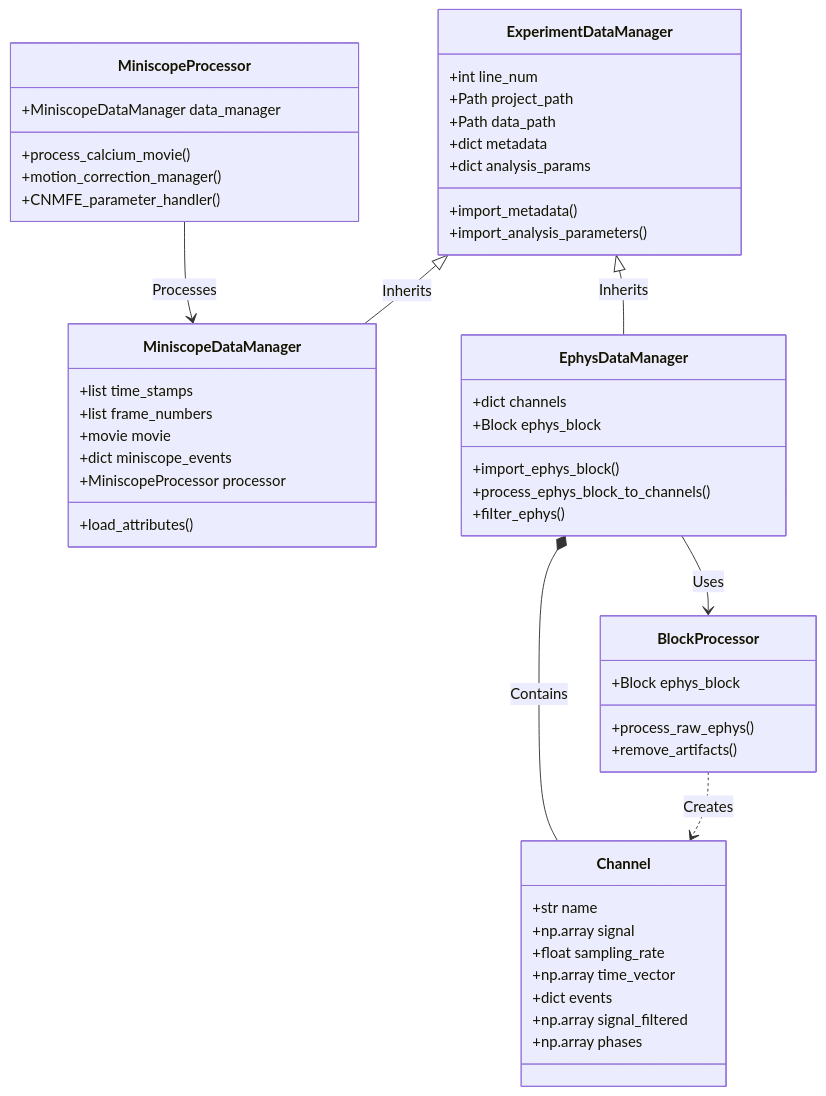
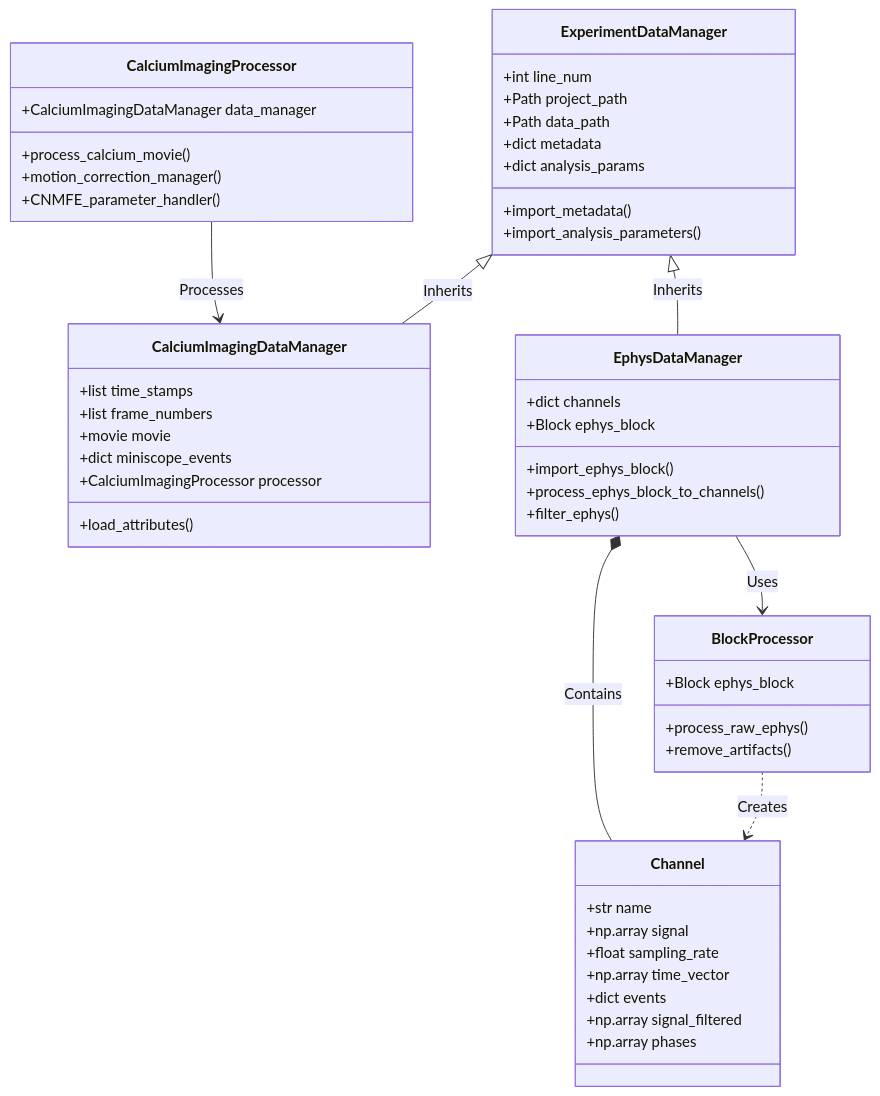
The diagram in README.md (emelon8/ACE-NeuroTools), drawn with Mermaid before and after one commit. The commit also changed other lines of this file and 57 other files, not shown here.

First line of the commit message:
Use CalciumImaging names for shared analysis APIs (#139)

````diff
--- a/README.md
+++ b/README.md
@@ -23,59 +23,59 @@
 ```mermaid
 classDiagram
     class ExperimentDataManager {
         +int line_num
         +Path project_path
         +Path data_path
         +dict metadata
         +dict analysis_params
         +import_metadata()
         +import_analysis_parameters()
     }
 
-    class MiniscopeDataManager {
+    class CalciumImagingDataManager {
         +list time_stamps
         +list frame_numbers
         +movie movie
         +dict miniscope_events
-        +MiniscopeProcessor processor
+        +CalciumImagingProcessor processor
         +load_attributes()
     }
 
     class EphysDataManager {
         +dict channels
         +Block ephys_block
         +import_ephys_block()
         +process_ephys_block_to_channels()
         +filter_ephys()
     }
 
     class Channel {
         +str name
         +np.array signal
         +float sampling_rate
         +np.array time_vector
         +dict events
         +np.array signal_filtered
         +np.array phases
     }
 
-    class MiniscopeProcessor {
-        +MiniscopeDataManager data_manager
+    class CalciumImagingProcessor {
+        +CalciumImagingDataManager data_manager
         +process_calcium_movie()
         +motion_correction_manager()
         +CNMFE_parameter_handler()
     }
 
     class BlockProcessor {
         +Block ephys_block
         +process_raw_ephys()
         +remove_artifacts()
     }
 
-    ExperimentDataManager <|-- MiniscopeDataManager : Inherits
+    ExperimentDataManager <|-- CalciumImagingDataManager : Inherits
     ExperimentDataManager <|-- EphysDataManager : Inherits
     EphysDataManager --> BlockProcessor : Uses
     BlockProcessor ..> Channel : Creates
     EphysDataManager *-- Channel : Contains
-    MiniscopeProcessor --> MiniscopeDataManager : Processes
+    CalciumImagingProcessor --> CalciumImagingDataManager : Processes
 ```
````
